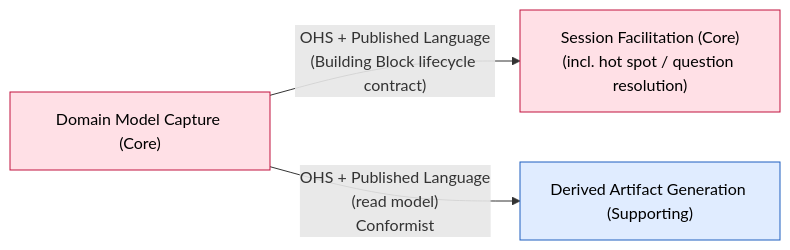
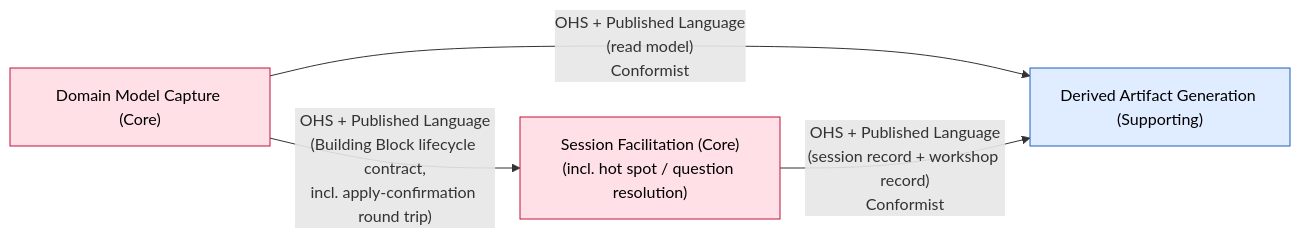
One commit to vinialbano/eventstormer changed the diagram in docs/domain/context-map.md. Above: the diagram before and after it, drawn with Mermaid. The commit also changed other lines of this file and 24 other files, not shown here.

````diff
--- a/docs/domain/context-map.md
+++ b/docs/domain/context-map.md
@@ -41,15 +41,16 @@
 ```mermaid
 flowchart LR
   Capture["Domain Model Capture (Core)"]
   Facil["Session Facilitation (Core)\n(incl. hot spot / question resolution)"]
   Artifact["Derived Artifact Generation (Supporting)"]
 
-  Capture -->|"OHS + Published Language\n(Building Block lifecycle contract)"| Facil
+  Capture -->|"OHS + Published Language\n(Building Block lifecycle contract,\nincl. apply-confirmation round trip)"| Facil
   Capture -->|"OHS + Published Language\n(read model)\nConformist"| Artifact
+  Facil -->|"OHS + Published Language\n(session record + workshop record)\nConformist"| Artifact
 
   classDef core fill:#ffe0e6,stroke:#c1123e,color:#000
   classDef sup fill:#e0ecff,stroke:#1f5fbf,color:#000
   class Capture core
   class Facil core
   class Artifact sup
 ```
````
